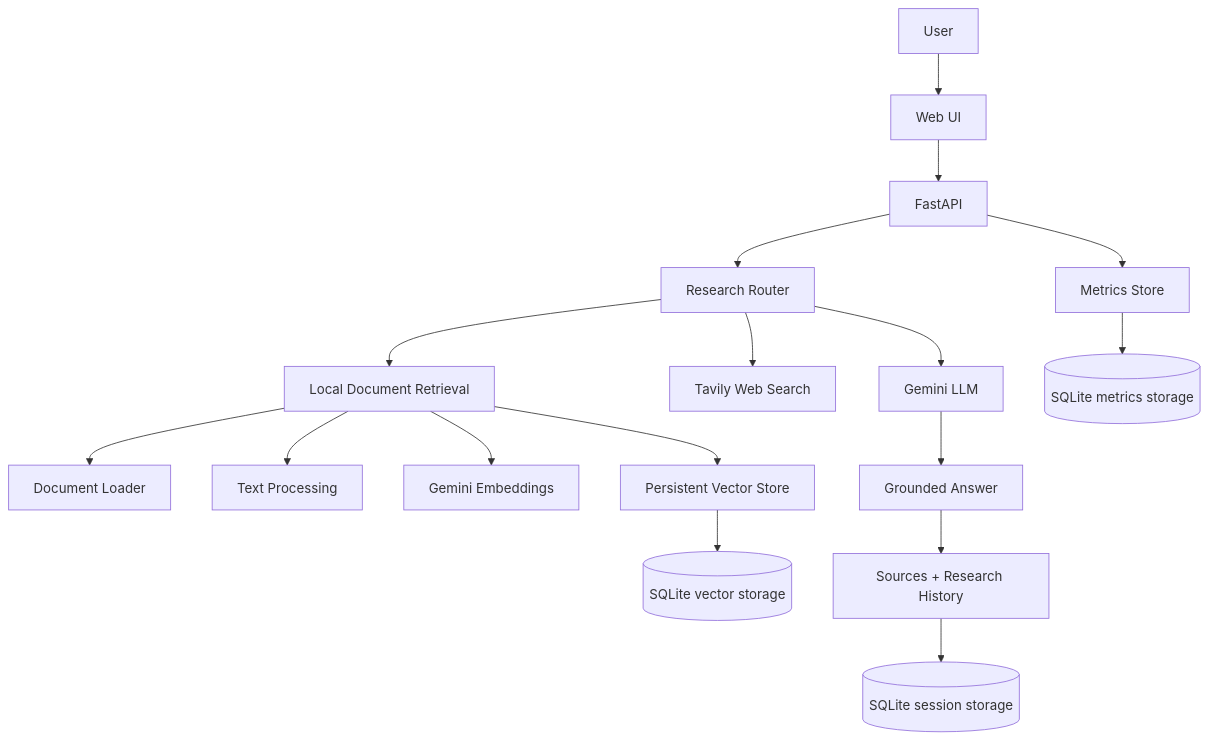
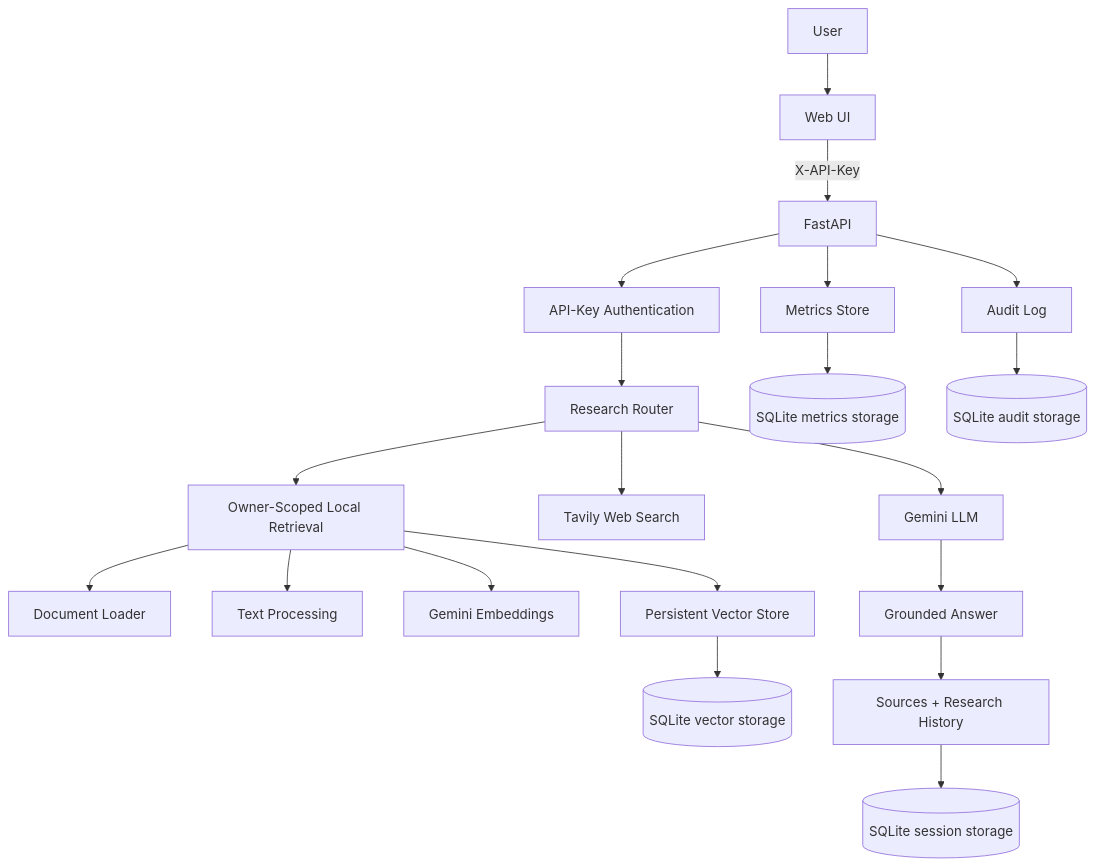
Before and after one commit to manyamthulasiprakashh-bit/ai-research-document-agent: the diagram in README.md, drawn with Mermaid. The commit also changed other lines of this file and 19 other files, not shown here.

Commit message:
feat: secure document research workflows

````diff
--- a/README.md
+++ b/README.md
@@ -39,21 +43,24 @@
 ```mermaid
 flowchart TD
     User[User] --> UI[Web UI]
-    UI --> API[FastAPI]
-    API --> Router[Research Router]
+    UI -->|X-API-Key| API[FastAPI]
+    API --> Auth[API-Key Authentication]
+    Auth --> Router[Research Router]
 
-    Router --> Local[Local Document Retrieval]
+    Router --> Local[Owner-Scoped Local Retrieval]
     Local --> Loader[Document Loader]
     Local --> Processing[Text Processing]
     Local --> Embeddings[Gemini Embeddings]
     Local --> Store[Persistent Vector Store]
     Store --> SQLiteVectors[(SQLite vector storage)]
 
     Router --> Tavily[Tavily Web Search]
     Router --> Gemini[Gemini LLM]
     Gemini --> Answer[Grounded Answer]
     Answer --> Sources[Sources + Research History]
     Sources --> SessionDB[(SQLite session storage)]
     API --> Metrics[Metrics Store]
     Metrics --> MetricsDB[(SQLite metrics storage)]
+    API --> Audit[Audit Log]
+    Audit --> AuditDB[(SQLite audit storage)]
 ```
````
